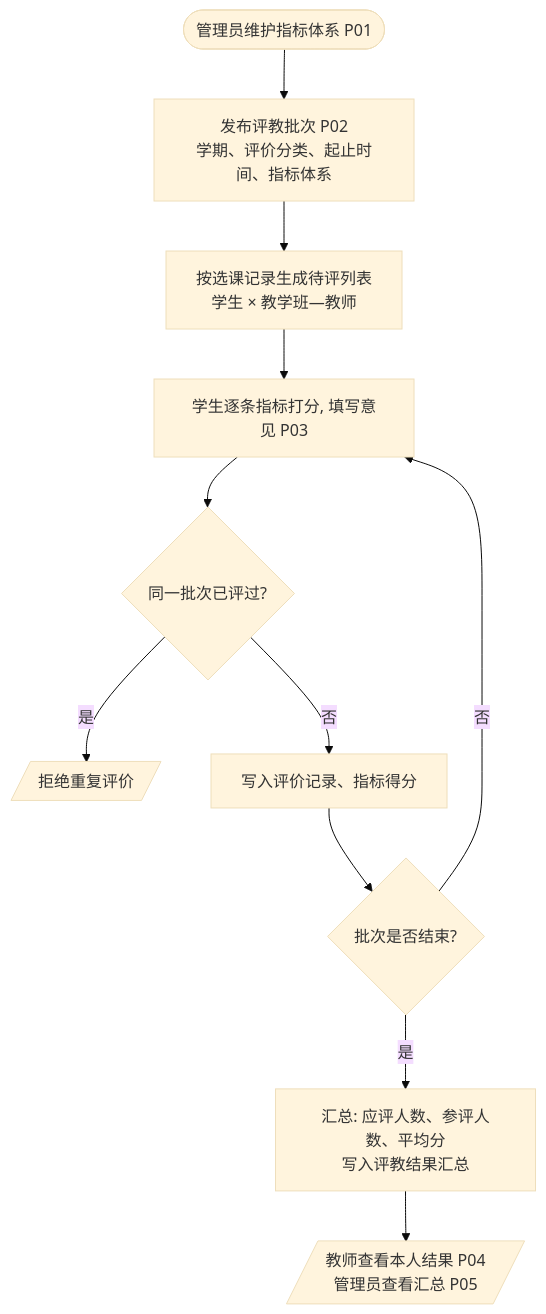
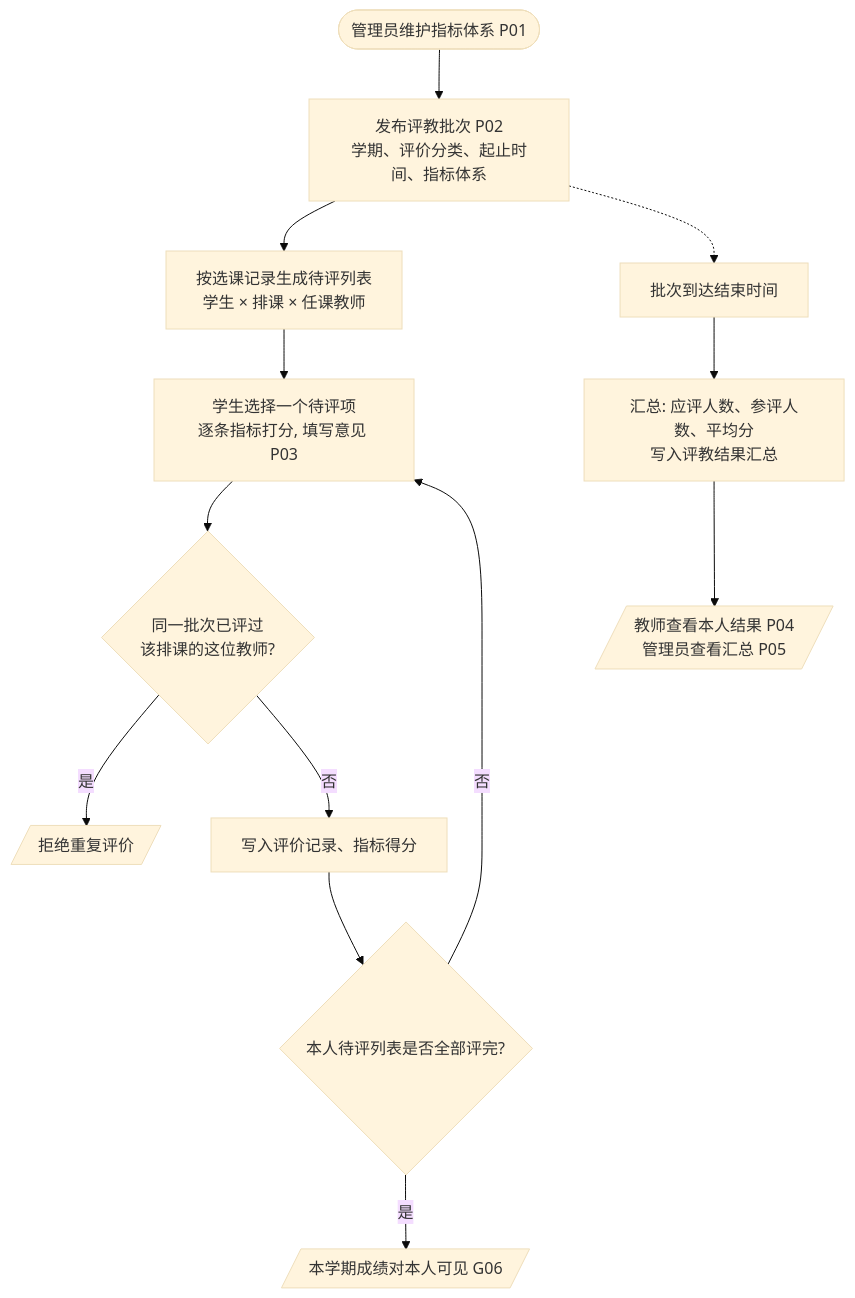
The eighth of 14 diagrams in docs/需求分析文档.md (We1chan/databasecoursedesign), drawn with Mermaid (base theme) before and after one commit. The commit also changed other lines of this file and 29 other files, not shown here.

````diff
--- a/docs/需求分析文档.md
+++ b/docs/需求分析文档.md
@@ -1042,13 +727,15 @@
 ```mermaid
 flowchart TD
     A([管理员维护指标体系 P01]) --> B[发布评教批次 P02<br/>学期、评价分类、起止时间、指标体系]
-    B --> C[按选课记录生成待评列表<br/>学生 × 教学班—教师]
-    C --> D[学生逐条指标打分, 填写意见 P03]
-    D --> E{同一批次已评过?}
+    B --> C[按选课记录生成待评列表<br/>学生 × 排课 × 任课教师]
+    C --> D[学生选择一个待评项<br/>逐条指标打分, 填写意见 P03]
+    D --> E{同一批次已评过<br/>该排课的这位教师?}
     E -- 是 --> X[/拒绝重复评价/]
     E -- 否 --> F[写入评价记录、指标得分]
-    F --> G{批次是否结束?}
-    G -- 否 --> D
-    G -- 是 --> H[汇总: 应评人数、参评人数、平均分<br/>写入评教结果汇总]
+    F --> K{本人待评列表是否全部评完?}
+    K -- 否 --> D
+    K -- 是 --> Q[/本学期成绩对本人可见 G06/]
+    B -.-> G[批次到达结束时间]
+    G --> H[汇总: 应评人数、参评人数、平均分<br/>写入评教结果汇总]
     H --> I[/教师查看本人结果 P04<br/>管理员查看汇总 P05/]
 ```
````
